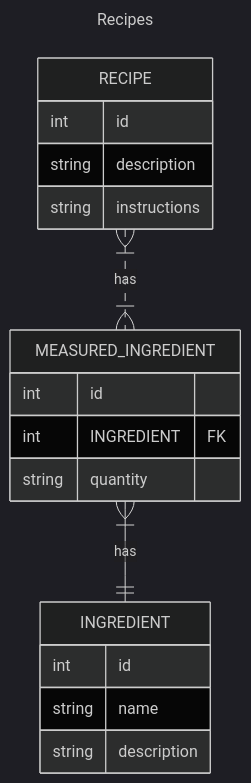
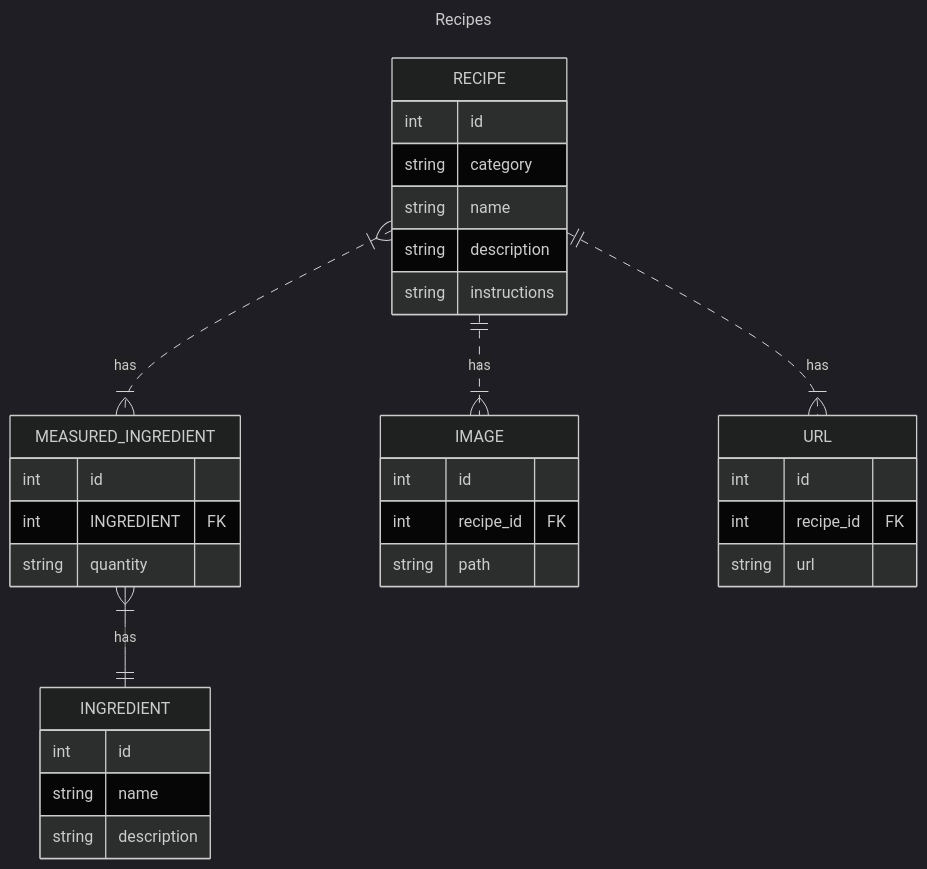
The diagram in docs/design/er.md (jlogday/recipe), drawn with Mermaid (dark theme) before and after one commit. The commit also changed 1 other file, not shown here.

Commit message:
Update init sql
- Add version column to all tables
- Add ingredient, measured_ingredient, media, and keyword tables
- Add indexes

````diff
--- a/docs/design/er.md
+++ b/docs/design/er.md
@@ -3,25 +3,42 @@
 ```mermaid
 ---
 title: Recipes
 ---
 erDiagram
     RECIPE }|..|{ MEASURED_INGREDIENT : has
+    RECIPE ||..|{ IMAGE : has
+    RECIPE ||..|{ URL : has
     RECIPE {
         int id
+        string category
+        string name
         string description
         string instructions
     }
 
     INGREDIENT {
         int id
         string name
         string description
     }
 
     MEASURED_INGREDIENT }|--|| INGREDIENT : has
     MEASURED_INGREDIENT {
         int id
         int INGREDIENT FK
         string quantity
     }
+
+    IMAGE {
+        int id
+        int recipe_id FK
+        string path
+    }
+
+    URL {
+        int id
+        int recipe_id FK
+        string url
+    }
+
 ```
````
